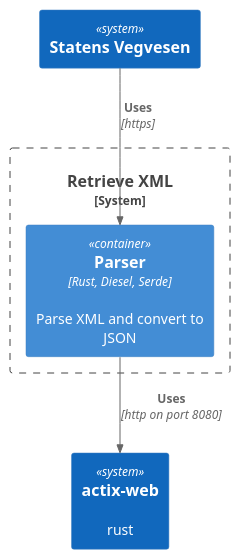
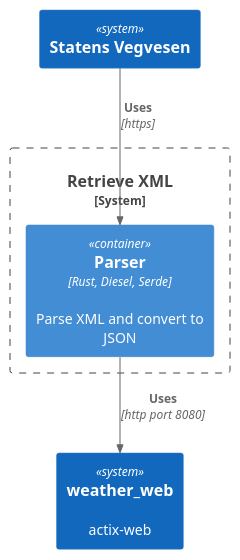
The diagram in diagram.puml (kometen/weather_data), drawn with PlantUML before and after one commit. The commit also changed 2 other files, not shown here.

```diff
--- a/diagram.puml
+++ b/diagram.puml
@@ -1,15 +1,15 @@
 @startuml
 !include https://raw.githubusercontent.com/plantuml-stdlib/C4-PlantUML/master/C4_Container.puml
 
 System(vegvesen, "Statens Vegvesen")
 
 System_Boundary(c1, "Retrieve XML") {
     Container(retriever, "Parser", "Rust, Diesel, Serde", "Parse XML and convert to JSON")
 }
 
-System(microservice, "actix-web", "rust")
+System(microservice, "weather_web", "actix-web")
 
 Rel(vegvesen, retriever, "Uses", "https")
-Rel(retriever, microservice, "Uses", "http on port 8080")
+Rel(retriever, microservice, "Uses", "http port 8080")
 
 @enduml
```
